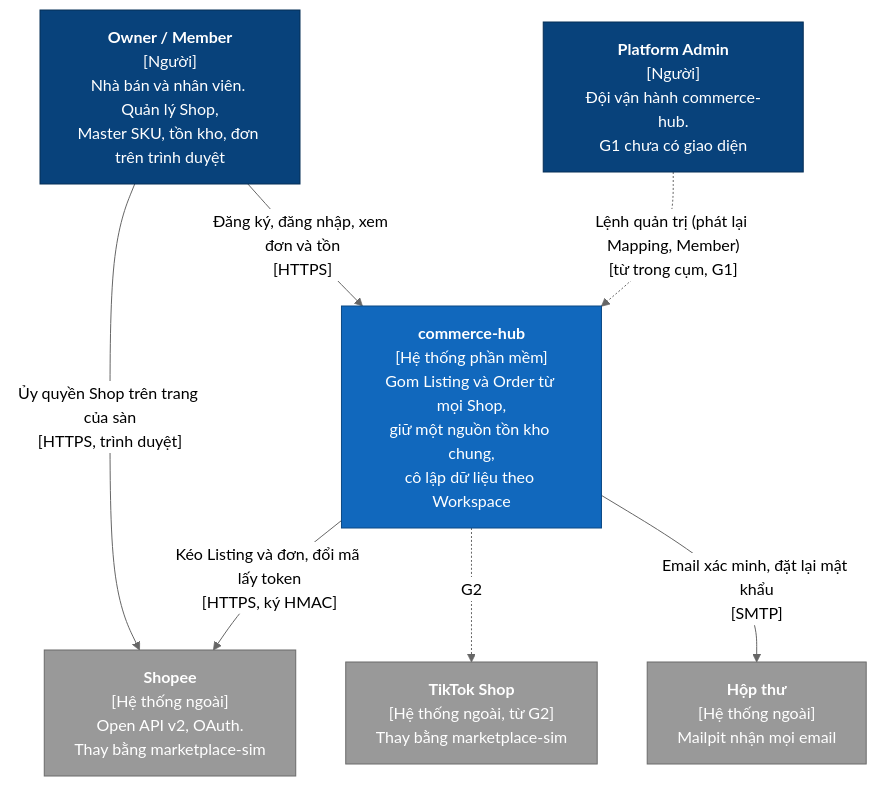
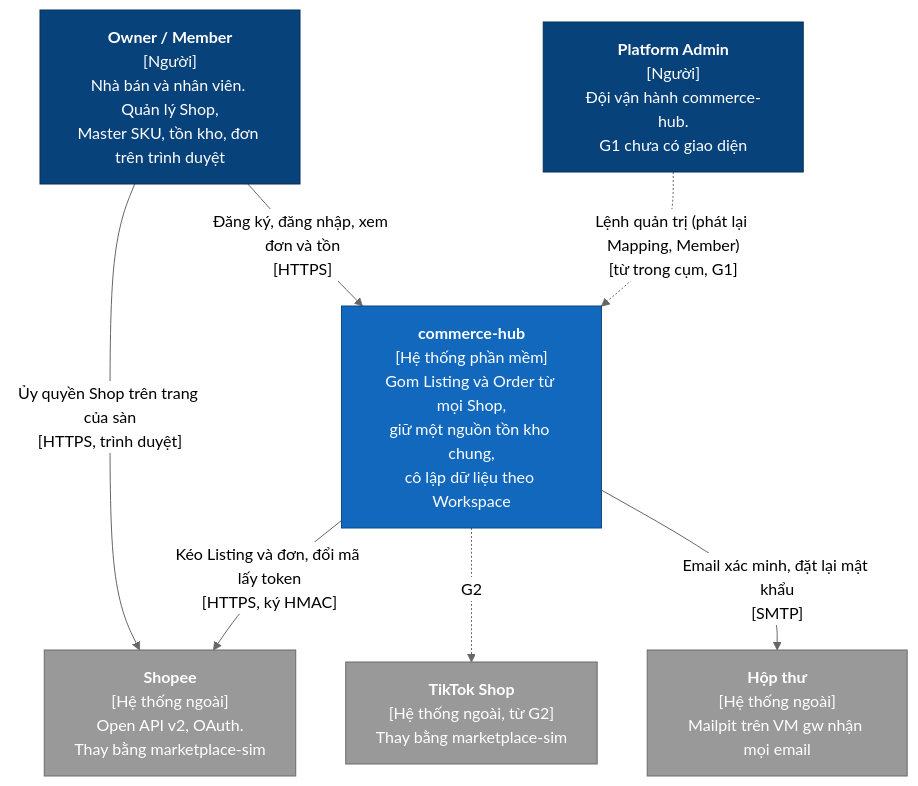
One commit to hoangduoc0603/commerce-hub-docs changed the diagram in architecture/03-context-and-scope.md. Above: the diagram before and after it, drawn with Mermaid (neutral theme). The commit also changed other lines of this file and 20 other files, not shown here.

````diff
--- a/architecture/03-context-and-scope.md
+++ b/architecture/03-context-and-scope.md
@@ -5,25 +5,25 @@
 ```mermaid
 flowchart TB
     seller["<b>Owner / Member</b><br/>[Người]<br/>Nhà bán và nhân viên. Quản lý Shop,<br/>Master SKU, tồn kho, đơn trên trình duyệt"]
     admin["<b>Platform Admin</b><br/>[Người]<br/>Đội vận hành commerce-hub.<br/>G1 chưa có giao diện"]
 
     hub["<b>commerce-hub</b><br/>[Hệ thống phần mềm]<br/>Gom Listing và Order từ mọi Shop,<br/>giữ một nguồn tồn kho chung,<br/>cô lập dữ liệu theo Workspace"]
 
     shopee["<b>Shopee</b><br/>[Hệ thống ngoài]<br/>Open API v2, OAuth.<br/>Thay bằng marketplace-sim"]
     tiktok["<b>TikTok Shop</b><br/>[Hệ thống ngoài, từ G2]<br/>Thay bằng marketplace-sim"]
-    mail["<b>Hộp thư</b><br/>[Hệ thống ngoài]<br/>Mailpit nhận mọi email"]
+    mail["<b>Hộp thư</b><br/>[Hệ thống ngoài]<br/>Mailpit trên VM gw nhận mọi email"]
 
     seller -- "Đăng ký, đăng nhập, xem đơn và tồn<br/>[HTTPS]" --> hub
     seller -- "Ủy quyền Shop trên trang của sàn<br/>[HTTPS, trình duyệt]" --> shopee
     admin -. "Lệnh quản trị (phát lại Mapping, Member)<br/>[từ trong cụm, G1]" .-> hub
     hub -- "Kéo Listing và đơn, đổi mã lấy token<br/>[HTTPS, ký HMAC]" --> shopee
     hub -. "G2" .-> tiktok
     hub -- "Email xác minh, đặt lại mật khẩu<br/>[SMTP]" --> mail
 
     classDef person fill:#08427b,stroke:#052e56,color:#fff
     classDef system fill:#1168bd,stroke:#0b4884,color:#fff
     classDef external fill:#999,stroke:#6b6b6b,color:#fff
     class seller,admin person
     class hub system
     class shopee,tiktok,mail external
 ```
````
